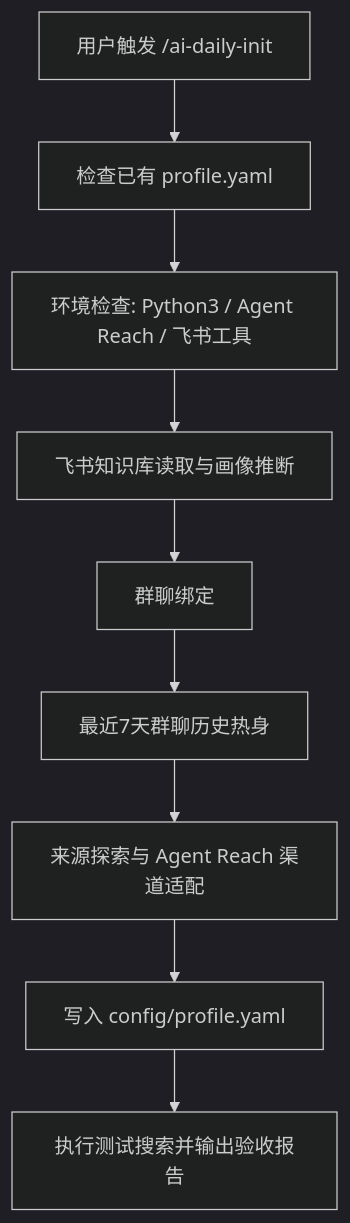
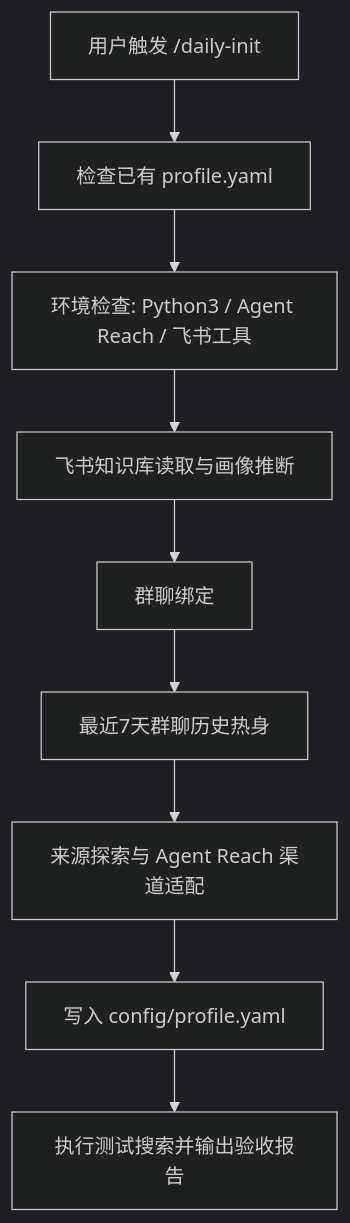
Before and after one commit to dagehaoshuang-dev/ai-daily: the first of 3 diagrams in PRD.md, drawn with Mermaid (dark theme). The commit also changed other lines of this file and 15 other files, not shown here.

````diff
--- a/PRD.md
+++ b/PRD.md
@@ -219,11 +221,11 @@
 ```mermaid
 flowchart TD
-    A["用户触发 /ai-daily-init"] --> B["检查已有 profile.yaml"]
+    A["用户触发 /daily-init"] --> B["检查已有 profile.yaml"]
     B --> C["环境检查: Python3 / Agent Reach / 飞书工具"]
     C --> D["飞书知识库读取与画像推断"]
     D --> E["群聊绑定"]
     E --> F["最近7天群聊历史热身"]
     F --> G["来源探索与 Agent Reach 渠道适配"]
     G --> H["写入 config/profile.yaml"]
     H --> I["执行测试搜索并输出验收报告"]
 ```
````
